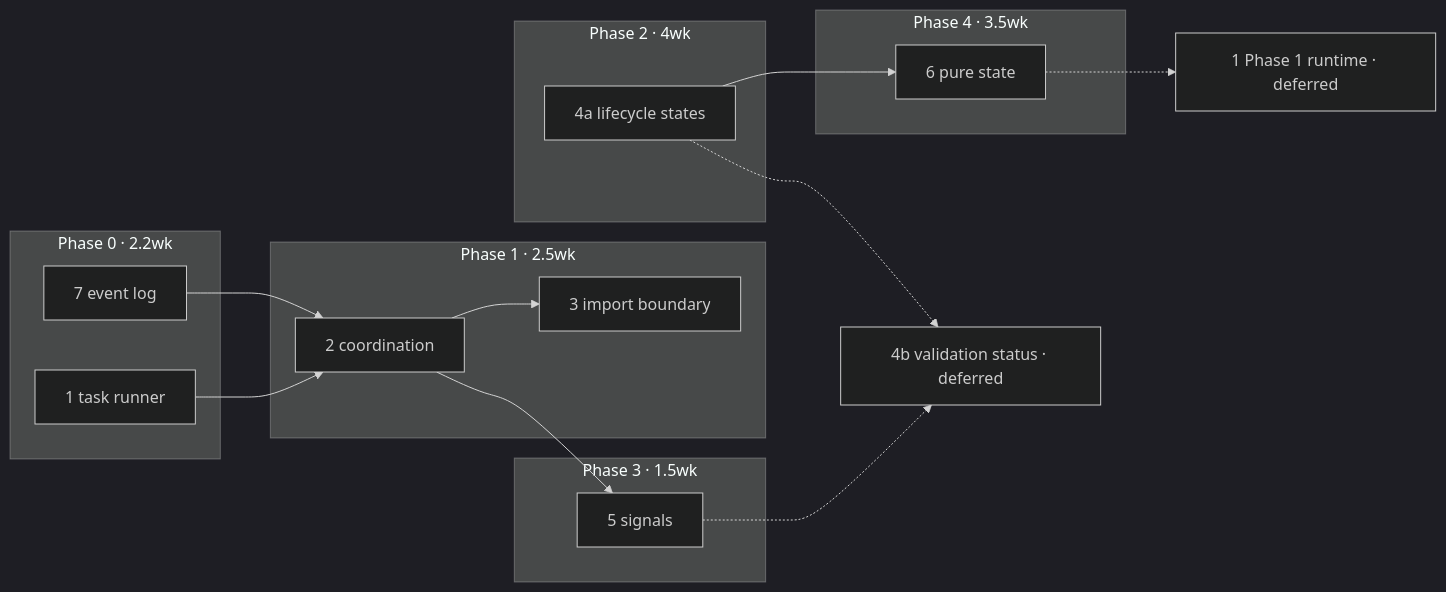
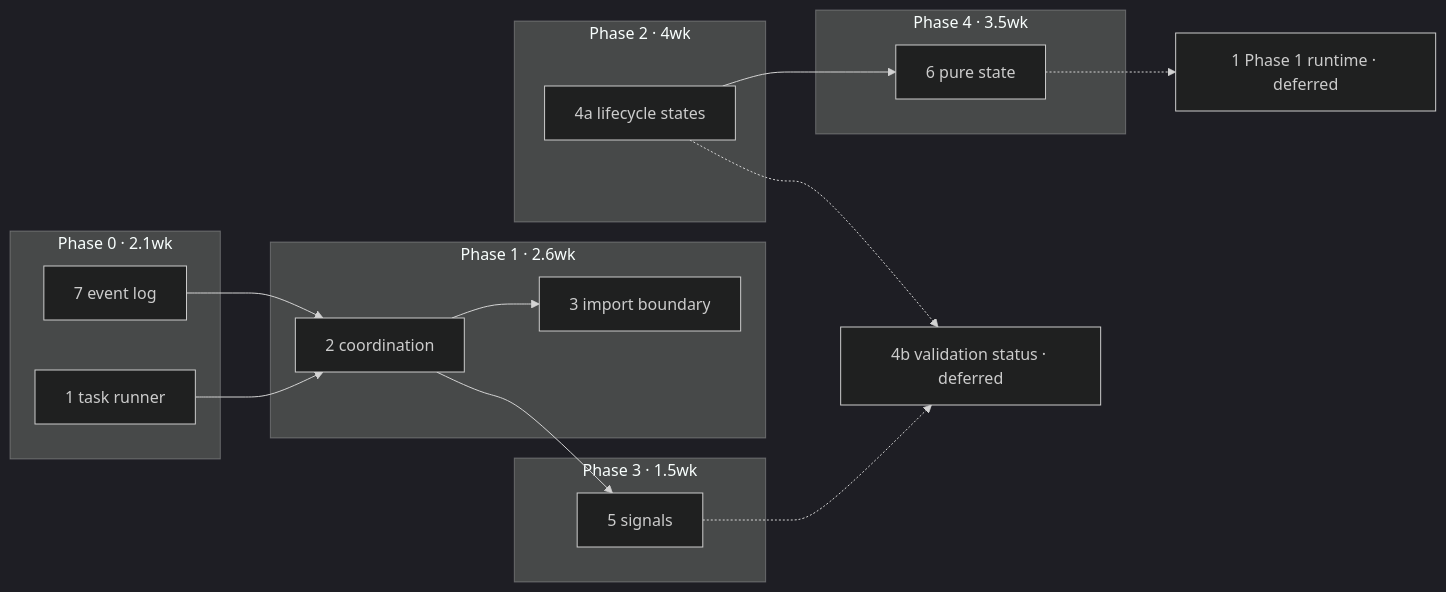
The diagram in documentation/architecture/frontend-refactoring/08-implementation-plan.md (happenings-community/requests-and-offers), drawn with Mermaid (dark theme) before and after one commit. The commit also changed other lines of this file and 3 other files, not shown here.

First line of the commit message:
docs(architecture): rewrite the signal gates to the decision, and make the week sums and invariant 3 match

````diff
--- a/documentation/architecture/frontend-refactoring/08-implementation-plan.md
+++ b/documentation/architecture/frontend-refactoring/08-implementation-plan.md
@@ -19,28 +19,28 @@
 ```mermaid
 graph LR
-  subgraph "Phase 0 · 2.2wk"
+  subgraph "Phase 0 · 2.1wk"
     A[7 event log]
     B[1 task runner]
   end
-  subgraph "Phase 1 · 2.5wk"
+  subgraph "Phase 1 · 2.6wk"
     C[2 coordination]
     D[3 import boundary]
   end
   subgraph "Phase 2 · 4wk"
     E[4a lifecycle states]
   end
   subgraph "Phase 3 · 1.5wk"
     F[5 signals]
   end
   subgraph "Phase 4 · 3.5wk"
     G[6 pure state]
   end
   A --> C
   B --> C
   C --> D
   C --> F
   E --> G
   E -.-> I[4b validation status · deferred]
   F -.-> I
   G -.-> J[1 Phase 1 runtime · deferred]
 ```
````
